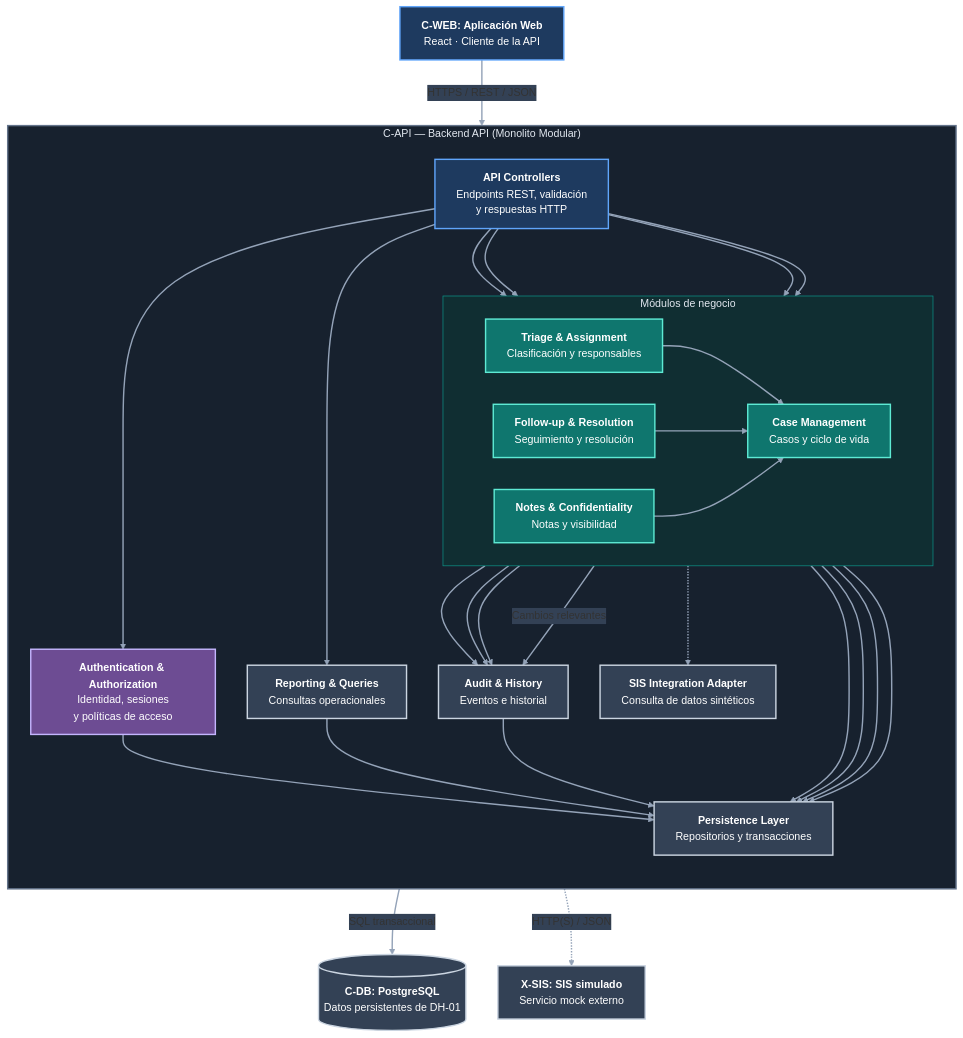
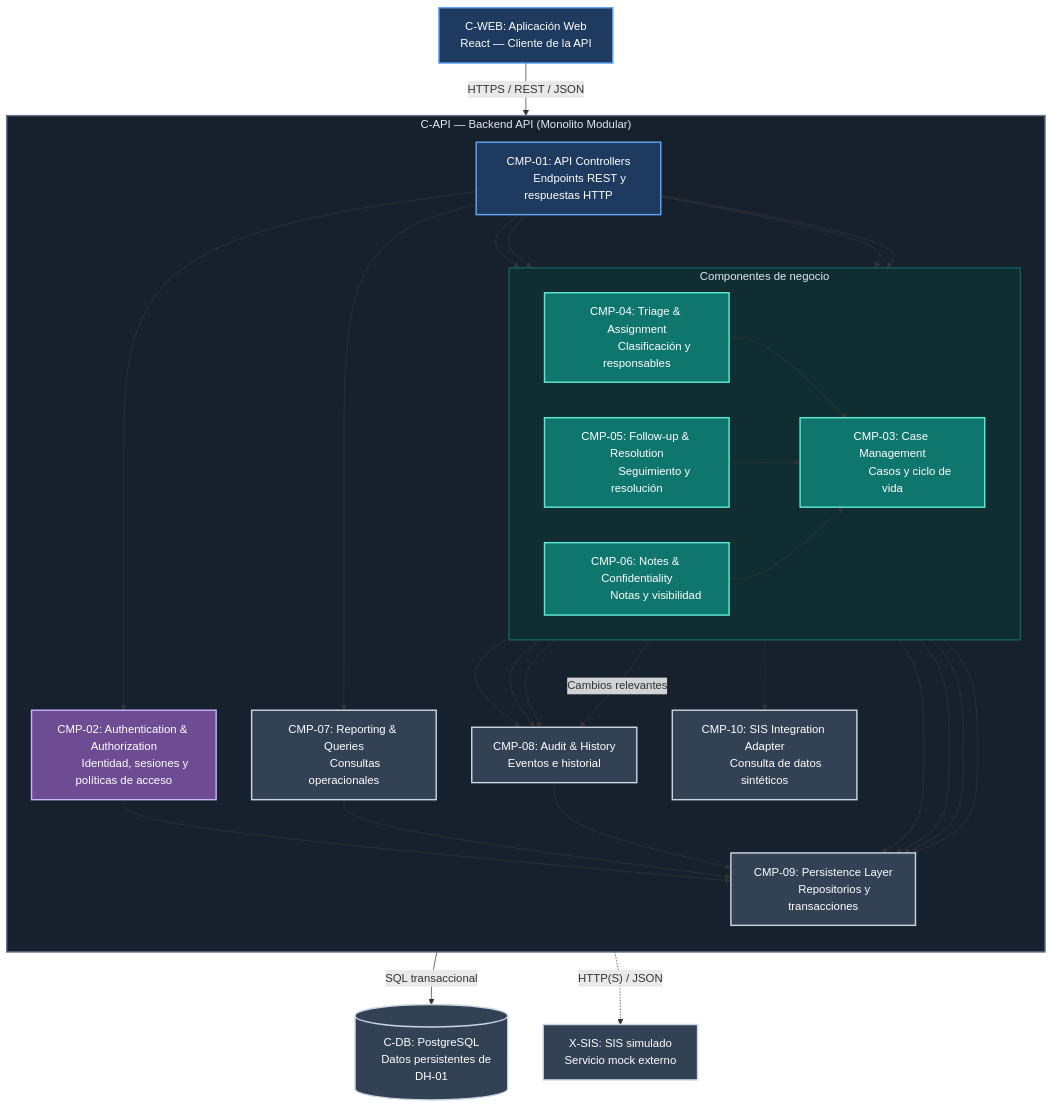
Before and after one commit to Nayea29/dh01-academic-advising: the diagram in docs/evaluation-2/views/component-view.md, drawn with Mermaid. The commit also changed other lines of this file and 29 other files, not shown here.

Commit message:
docs: complete Evaluation 2 architecture and design documentation

````diff
--- a/docs/evaluation-2/views/component-view.md
+++ b/docs/evaluation-2/views/component-view.md
@@ -27,47 +35,44 @@
 ```mermaid
-%%{init: {"theme": "base", "themeVariables": {"fontFamily": "Arial", "fontSize": "15px", "lineColor": "#94A3B8", "edgeLabelBackground": "#334155"}, "flowchart": {"nodeSpacing": 45, "rankSpacing": 70, "htmlLabels": true}}}%%
 flowchart TB
-    WEB["`**C-WEB: Aplicación Web**
-    React · Cliente de la API`"]
+    WEB["C-WEB: Aplicación Web
+    React — Cliente de la API"]
 
     subgraph API["C-API — Backend API (Monolito Modular)"]
         direction TB
 
-        HTTP["`**API Controllers**
-        Endpoints REST, validación
-        y respuestas HTTP`"]
+        HTTP["CMP-01: API Controllers
+        Endpoints REST y respuestas HTTP"]
 
-        AUTH["`**Authentication & Authorization**
-        Identidad, sesiones
-        y políticas de acceso`"]
+        AUTH["CMP-02: Authentication & Authorization
+        Identidad, sesiones y políticas de acceso"]
 
-        subgraph DOMAIN["Módulos de negocio"]
+        subgraph DOMAIN["Componentes de negocio"]
             direction LR
 
-            CASE["`**Case Management**
-            Casos y ciclo de vida`"]
+            CASE["CMP-03: Case Management
+            Casos y ciclo de vida"]
 
-            TRIAGE["`**Triage & Assignment**
-            Clasificación y responsables`"]
+            TRIAGE["CMP-04: Triage & Assignment
+            Clasificación y responsables"]
 
-            FOLLOW["`**Follow-up & Resolution**
-            Seguimiento y resolución`"]
+            FOLLOW["CMP-05: Follow-up & Resolution
+            Seguimiento y resolución"]
 
-            NOTES["`**Notes & Confidentiality**
-            Notas y visibilidad`"]
+            NOTES["CMP-06: Notes & Confidentiality
+            Notas y visibilidad"]
         end
 
-        REPORT["`**Reporting & Queries**
-        Consultas operacionales`"]
+        REPORT["CMP-07: Reporting & Queries
+        Consultas operacionales"]
 
-        AUDIT["`**Audit & History**
-        Eventos e historial`"]
+        AUDIT["CMP-08: Audit & History
+        Eventos e historial"]
 
-        REPO["`**Persistence Layer**
-        Repositorios y transacciones`"]
+        REPO["CMP-09: Persistence Layer
+        Repositorios y transacciones"]
 
-        ADAPTER["`**SIS Integration Adapter**
-        Consulta de datos sintéticos`"]
+        ADAPTER["CMP-10: SIS Integration Adapter
+        Consulta de datos sintéticos"]
 
         HTTP --> AUTH
         HTTP --> CASE
@@ -97,11 +102,11 @@
         CASE -.-> ADAPTER
     end
 
-    DB[("`**C-DB: PostgreSQL**
-    Datos persistentes de DH-01`")]
+    DB[("C-DB: PostgreSQL
+    Datos persistentes de DH-01")]
 
-    SIS["`**X-SIS: SIS simulado**
-    Servicio mock externo`"]
+    SIS["X-SIS: SIS simulado
+    Servicio mock externo"]
 
     WEB -->|"HTTPS / REST / JSON"| HTTP
     REPO -->|"SQL transaccional"| DB
@@ -119,6 +124,4 @@
 
     style API fill:#17212E,stroke:#64748B,color:#E2E8F0,stroke-width:2px
     style DOMAIN fill:#102E32,stroke:#0D9488,color:#E2E8F0
-
-    linkStyle default stroke:#94A3B8,stroke-width:2px
 ```
````
